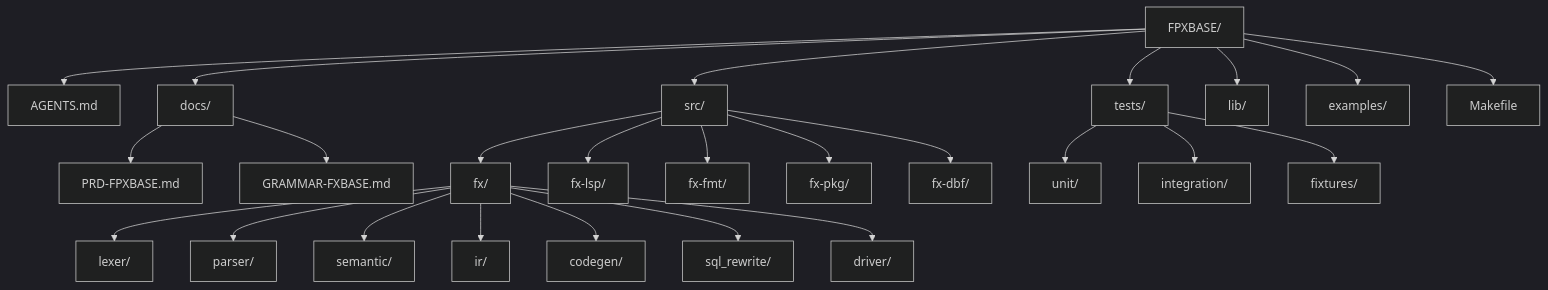
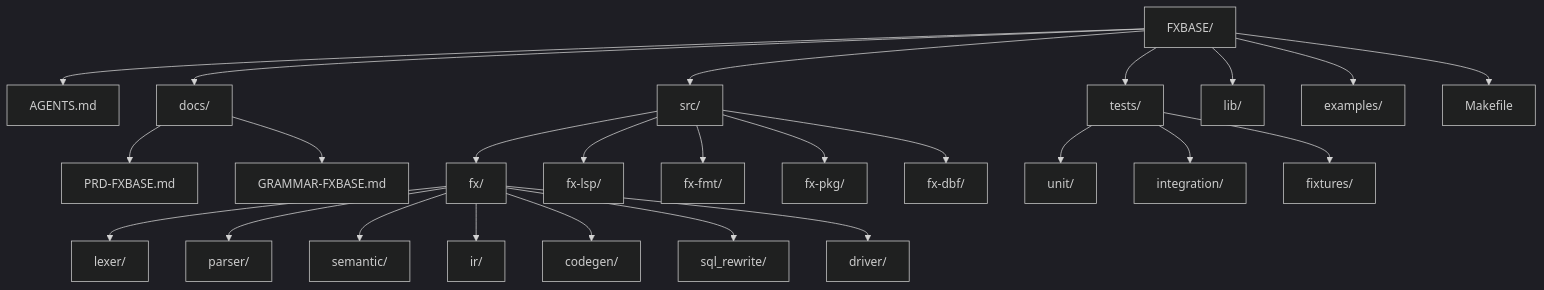
Before and after one commit to panchove/FXBASE: the first of 2 diagrams in docs/FXBASE-PRD.md, drawn with Mermaid (dark theme). The commit also changed other lines of this file and 5 other files, not shown here.

````diff
--- a/docs/FXBASE-PRD.md
+++ b/docs/FXBASE-PRD.md
@@ -1489,27 +1489,27 @@
 ```mermaid
 flowchart TD
-    ROOT[FPXBASE/] --> AGENTS[AGENTS.md]
+    ROOT[FXBASE/] --> AGENTS[AGENTS.md]
     ROOT --> DOCS[docs/]
-    DOCS --> PRD[PRD-FPXBASE.md]
+    DOCS --> PRD[PRD-FXBASE.md]
     DOCS --> GRAMMAR[GRAMMAR-FXBASE.md]
     ROOT --> SRC[src/]
     SRC --> FPX[fx/]
     FPX --> LEXER[lexer/]
     FPX --> PARSER[parser/]
     FPX --> SEMANTIC[semantic/]
     FPX --> IR[ir/]
     FPX --> CODEGEN[codegen/]
     FPX --> SQL[sql_rewrite/]
     FPX --> DRIVER[driver/]
     SRC --> LSP[fx-lsp/]
     SRC --> FMT[fx-fmt/]
     SRC --> PKG[fx-pkg/]
     SRC --> DBF[fx-dbf/]
     ROOT --> TESTS[tests/]
     TESTS --> UNIT[unit/]
     TESTS --> INT[integration/]
     TESTS --> FIX[fixtures/]
     ROOT --> LIB[lib/]
     ROOT --> EXAMPLES[examples/]
     ROOT --> MAKE[Makefile]
 ```
````
